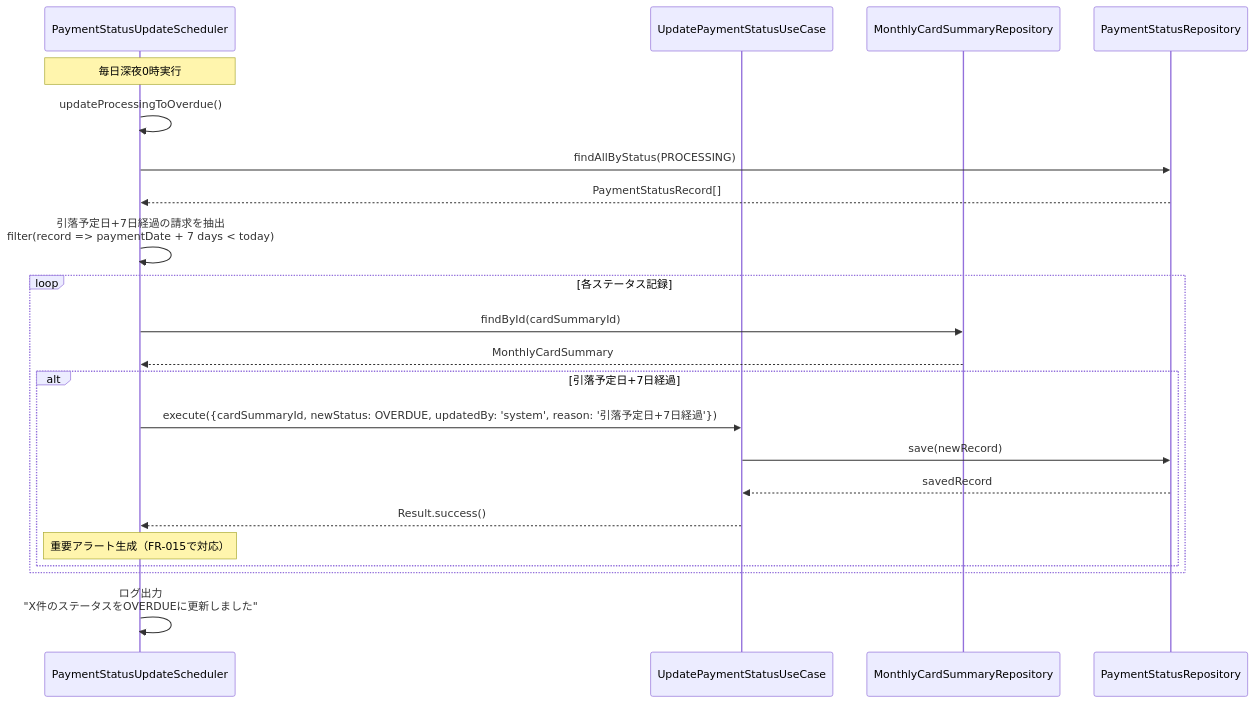
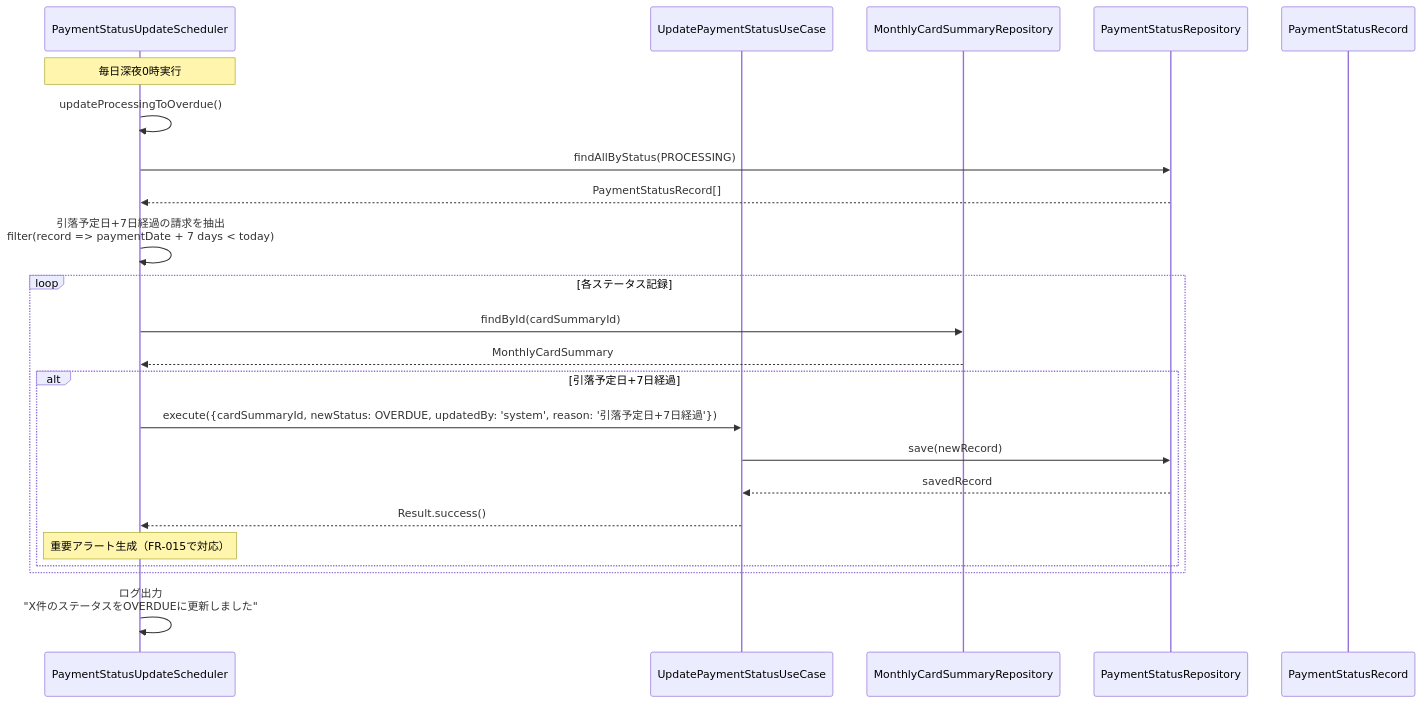
The third of 12 diagrams in docs/detailed-design/FR-014_payment-status-management/sequence-diagrams.md (kencom2400/account-book), drawn with Mermaid before and after one commit. The commit also changed other lines of this file and 3 other files, not shown here.

````diff
--- a/docs/detailed-design/FR-014_payment-status-management/sequence-diagrams.md
+++ b/docs/detailed-design/FR-014_payment-status-management/sequence-diagrams.md
@@ -191,33 +196,34 @@
 ```mermaid
 sequenceDiagram
     participant Scheduler as PaymentStatusUpdateScheduler
     participant UC as UpdatePaymentStatusUseCase
     participant SummaryRepo as MonthlyCardSummaryRepository
     participant StatusRepo as PaymentStatusRepository
+    participant Entity as PaymentStatusRecord
 
     Note over Scheduler: 毎日深夜0時実行
 
     Scheduler->>Scheduler: updateProcessingToOverdue()
     Scheduler->>StatusRepo: findAllByStatus(PROCESSING)
     StatusRepo-->>Scheduler: PaymentStatusRecord[]
 
     Scheduler->>Scheduler: 引落予定日+7日経過の請求を抽出<br/>filter(record => paymentDate + 7 days < today)
 
     loop 各ステータス記録
         Scheduler->>SummaryRepo: findById(cardSummaryId)
         SummaryRepo-->>Scheduler: MonthlyCardSummary
 
         alt 引落予定日+7日経過
             Scheduler->>UC: execute({cardSummaryId, newStatus: OVERDUE, updatedBy: 'system', reason: '引落予定日+7日経過'})
 
             UC->>StatusRepo: save(newRecord)
             StatusRepo-->>UC: savedRecord
 
             UC-->>Scheduler: Result.success()
 
             Note over Scheduler: 重要アラート生成（FR-015で対応）
         end
     end
 
     Scheduler->>Scheduler: ログ出力<br/>"X件のステータスをOVERDUEに更新しました"
 ```
````
